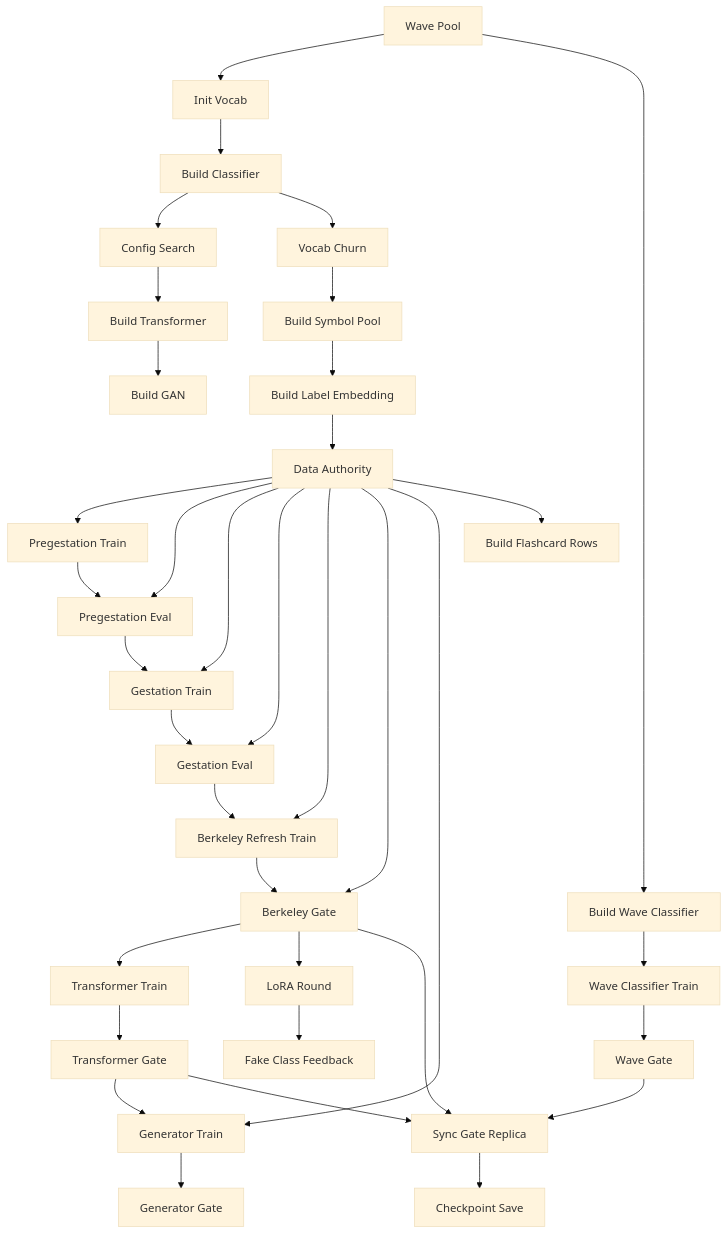
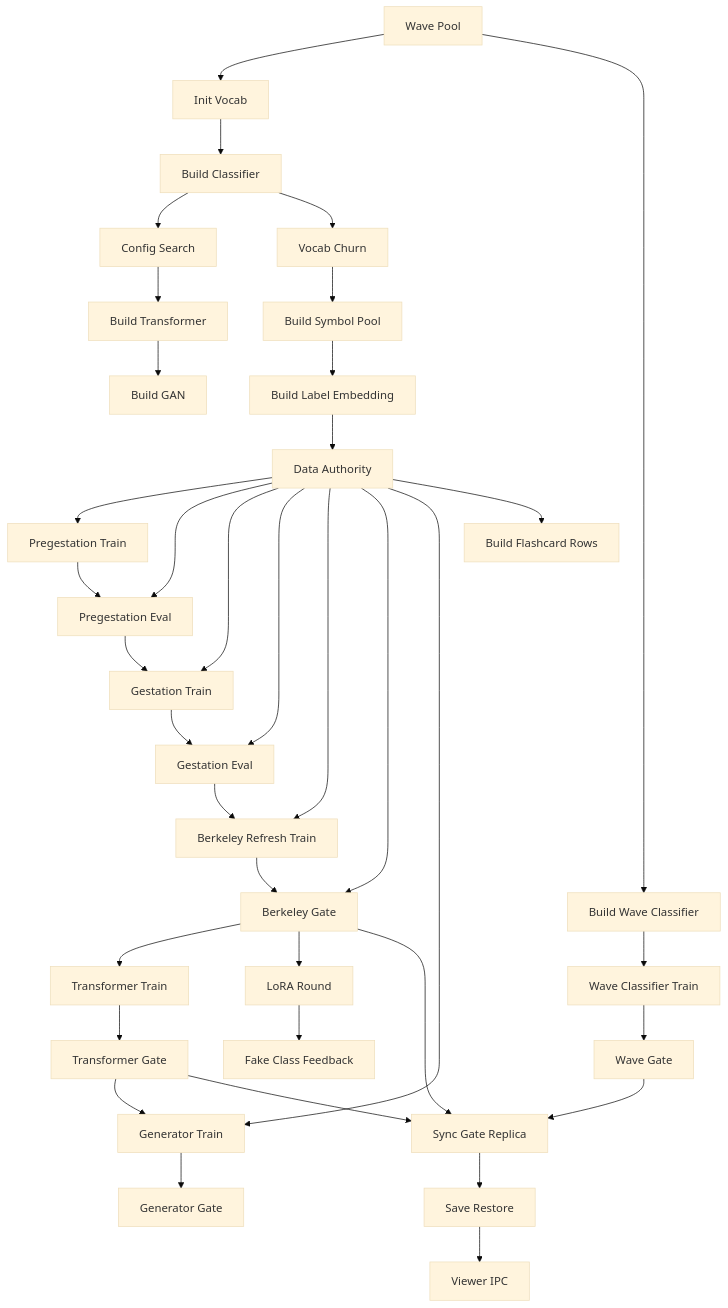
The third of 13 diagrams in README.md (sangderenard/meta-nn), drawn with Mermaid before and after one commit. The commit also changed other lines of this file and 75 other files, not shown here.

````diff
--- a/README.md
+++ b/README.md
@@ -440,68 +472,70 @@
 ```mermaid
 %%{init: {'theme':'base','flowchart':{'curve':'basis','htmlLabels':true}}}%%
 flowchart TD
     wave_pool["Wave Pool"]
     init_vocab["Init Vocab"]
     build_classifier["Build Classifier"]
     config_search["Config Search"]
     build_transformer["Build Transformer"]
     build_gan["Build GAN"]
     build_wave_classifier["Build Wave Classifier"]
     vocab_churn["Vocab Churn"]
     build_symbol_pool["Build Symbol Pool"]
     build_label_embedding["Build Label Embedding"]
     build_flashcard_rows["Build Flashcard Rows"]
     data_node["Data Authority"]
     stage_0_pregestation["Pregestation Train"]
     stage_1_gestation["Gestation Train"]
     stage_2_berkeley["Berkeley Refresh Train"]
     stage_r_transformer["Transformer Train"]
     stage_g_generator["Generator Train"]
     stage_w_wave_classifier["Wave Classifier Train"]
     stage_c_lora["LoRA Round"]
     stage_fake_feedback["Fake Class Feedback"]
     gate_0_pregestation_eval["Pregestation Eval"]
     gate_1_gestation_eval["Gestation Eval"]
     gate_berkeley["Berkeley Gate"]
     gate_transformer["Transformer Gate"]
     gate_generator["Generator Gate"]
     gate_wave["Wave Gate"]
     sync_gate_replica["Sync Gate Replica"]
-    checkpoint_save["Checkpoint Save"]
+    checkpoint_save["Save Restore"]
+    viewer_ipc["Viewer IPC"]
 
     wave_pool --> init_vocab
     init_vocab --> build_classifier
     build_classifier --> config_search
     config_search --> build_transformer
     build_transformer --> build_gan
     wave_pool --> build_wave_classifier
     build_classifier --> vocab_churn
     vocab_churn --> build_symbol_pool
     build_symbol_pool --> build_label_embedding
     build_label_embedding --> data_node
     data_node --> stage_0_pregestation
     data_node --> gate_0_pregestation_eval
     data_node --> stage_1_gestation
     data_node --> gate_1_gestation_eval
     data_node --> stage_2_berkeley
     data_node --> gate_berkeley
     data_node --> stage_g_generator
     data_node --> build_flashcard_rows
     stage_0_pregestation --> gate_0_pregestation_eval
     gate_0_pregestation_eval --> stage_1_gestation
     stage_1_gestation --> gate_1_gestation_eval
     gate_1_gestation_eval --> stage_2_berkeley
     stage_2_berkeley --> gate_berkeley
     gate_berkeley --> stage_r_transformer
     stage_r_transformer --> gate_transformer
     gate_transformer --> stage_g_generator
     stage_g_generator --> gate_generator
     gate_berkeley --> stage_c_lora
     stage_c_lora --> stage_fake_feedback
     build_wave_classifier --> stage_w_wave_classifier
     stage_w_wave_classifier --> gate_wave
     gate_wave --> sync_gate_replica
     gate_transformer --> sync_gate_replica
     gate_berkeley --> sync_gate_replica
     sync_gate_replica --> checkpoint_save
+    checkpoint_save --> viewer_ipc
 ```
````
